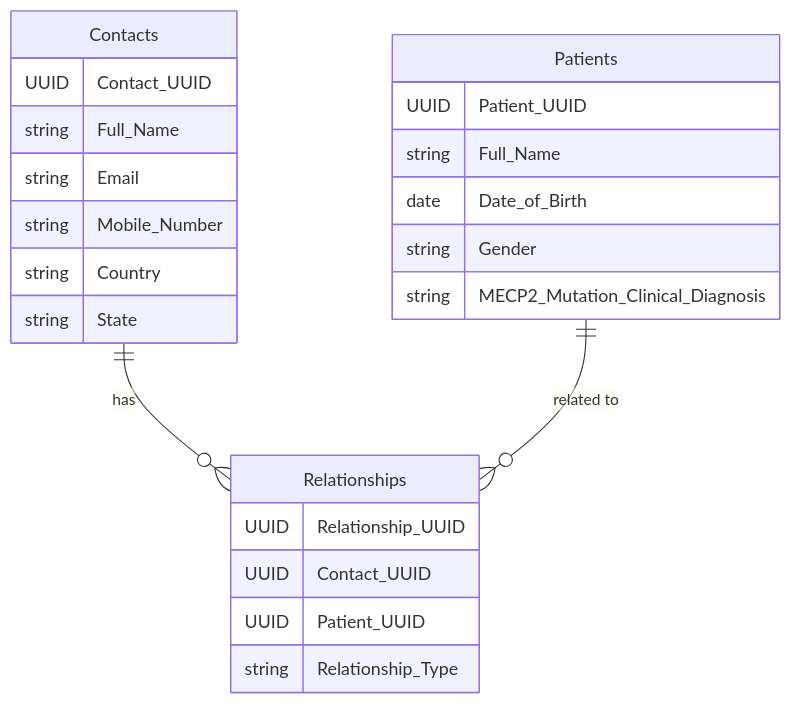
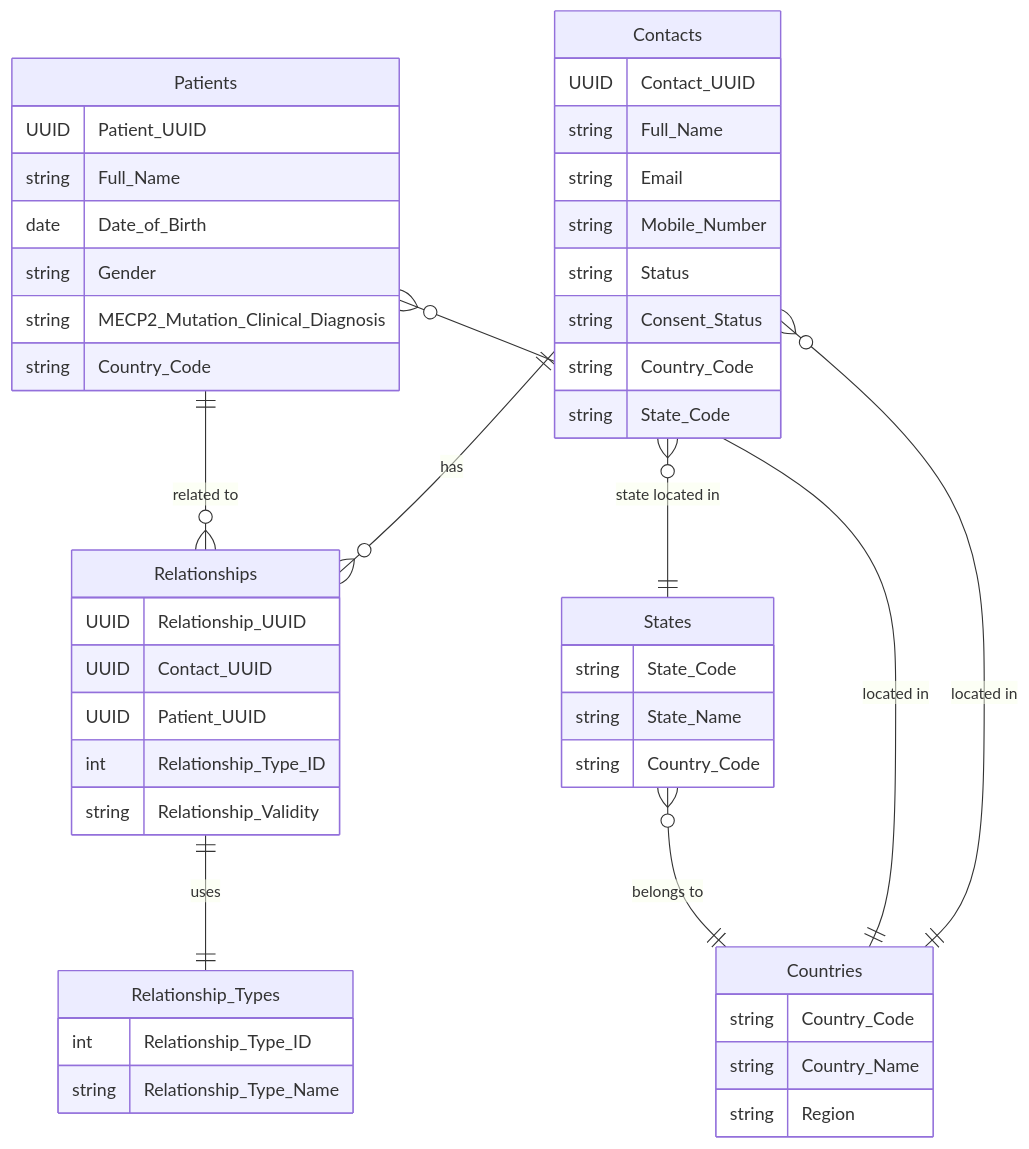
One commit to rett-europe/patient-registry changed the diagram in docs/05-DataModel.md. Above: the diagram before and after it, drawn with Mermaid. The commit also changed other lines of this file and 1 other file, not shown here.

Commit message:
Updated datamodel with master data tables

````diff
--- a/docs/05-DataModel.md
+++ b/docs/05-DataModel.md
@@ -32,29 +12,55 @@
 ```mermaid
 erDiagram
     Contacts {
         UUID Contact_UUID
         string Full_Name
         string Email
         string Mobile_Number
-        string Country
-        string State
+        string Status
+        string Consent_Status
+        string Country_Code
+        string State_Code
     }
 
     Patients {
         UUID Patient_UUID
         string Full_Name
         date Date_of_Birth
         string Gender
         string MECP2_Mutation_Clinical_Diagnosis
+        string Country_Code
     }
 
     Relationships {
         UUID Relationship_UUID
         UUID Contact_UUID
         UUID Patient_UUID
-        string Relationship_Type
+        int Relationship_Type_ID
+        string Relationship_Validity
     }
 
-    Contacts ||--o{ Relationships: "has"
-    Patients ||--o{ Relationships: "related to"
+    Countries {
+        string Country_Code
+        string Country_Name
+        string Region
+    }
+
+    States {
+        string State_Code
+        string State_Name
+        string Country_Code
+    }
+
+    Relationship_Types {
+        int Relationship_Type_ID
+        string Relationship_Type_Name
+    }
+
+    Contacts ||--o{ Relationships : "has"
+    Patients ||--o{ Relationships : "related to"
+    Relationships ||--|| Relationship_Types : "uses"
+    Contacts }o--|| Countries : "located in"
+    Contacts }o--|| States : "state located in"
+    Patients }o--|| Countries : "located in"
+    States }o--|| Countries : "belongs to"
 ```
````
